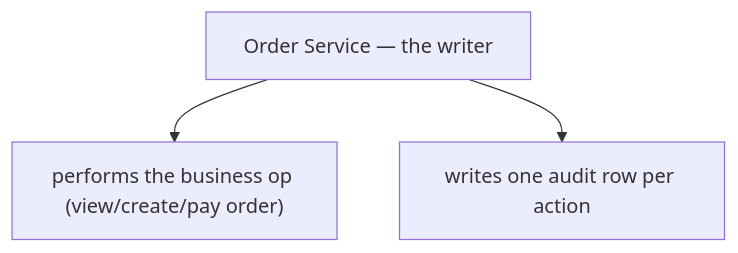
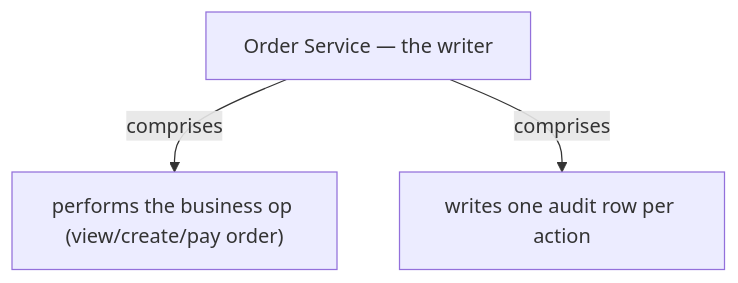
The fourth of 13 diagrams in docs/ch32-audit-logging.md (vinayakuber/microservices-io-study-guide), drawn with Mermaid before and after one commit. The commit also changed other lines of this file and 71 other files, not shown here.

First line of the commit message:
R18: label every diagram arrow with its meaning

````diff
--- a/docs/ch32-audit-logging.md
+++ b/docs/ch32-audit-logging.md
@@ -171,6 +171,6 @@
 ```mermaid
 flowchart TD
   R["Order Service — the writer"]
-  R --> P0["performs the business op (view/create/pay order)"]
-  R --> P1["writes one audit row per action"]
+  R -->|"comprises"| P0["performs the business op (view/create/pay order)"]
+  R -->|"comprises"| P1["writes one audit row per action"]
 ```
````
